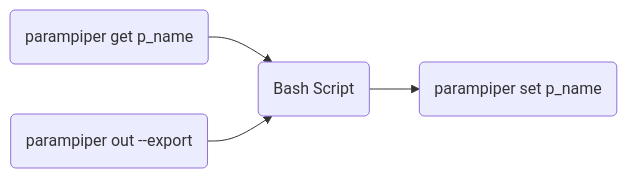
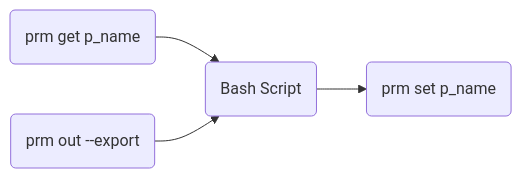
One commit to cdalar/parampiper changed the first of 3 diagrams in mermaid.md. Above: the diagram before and after it, drawn with Mermaid. The commit also changed other lines of this file and 54 other files, not shown here.

````diff
--- a/mermaid.md
+++ b/mermaid.md
@@ -2,10 +2,10 @@
 ```mermaid
 flowchart LR
 
-X(parampiper get p_name)--> A(Bash Script) -->B(parampiper set p_name)
-Y(parampiper out --export) --> A
+X(prm get p_name)--> A(Bash Script) -->B(prm set p_name)
+Y(prm out --export) --> A
 %% B --> C{Decision}
 %% C -->|One| D[Result 1]
 %% C -->|Two| E[Result 2]
-%% X(parampiper get p_name <a href='http://google.com'>link</a>)--> A(Bash Script) -->B(parampiper set p_name)
+%% X(prm get p_name <a href='http://google.com'>link</a>)--> A(Bash Script) -->B(prm set p_name)
 ```
````
